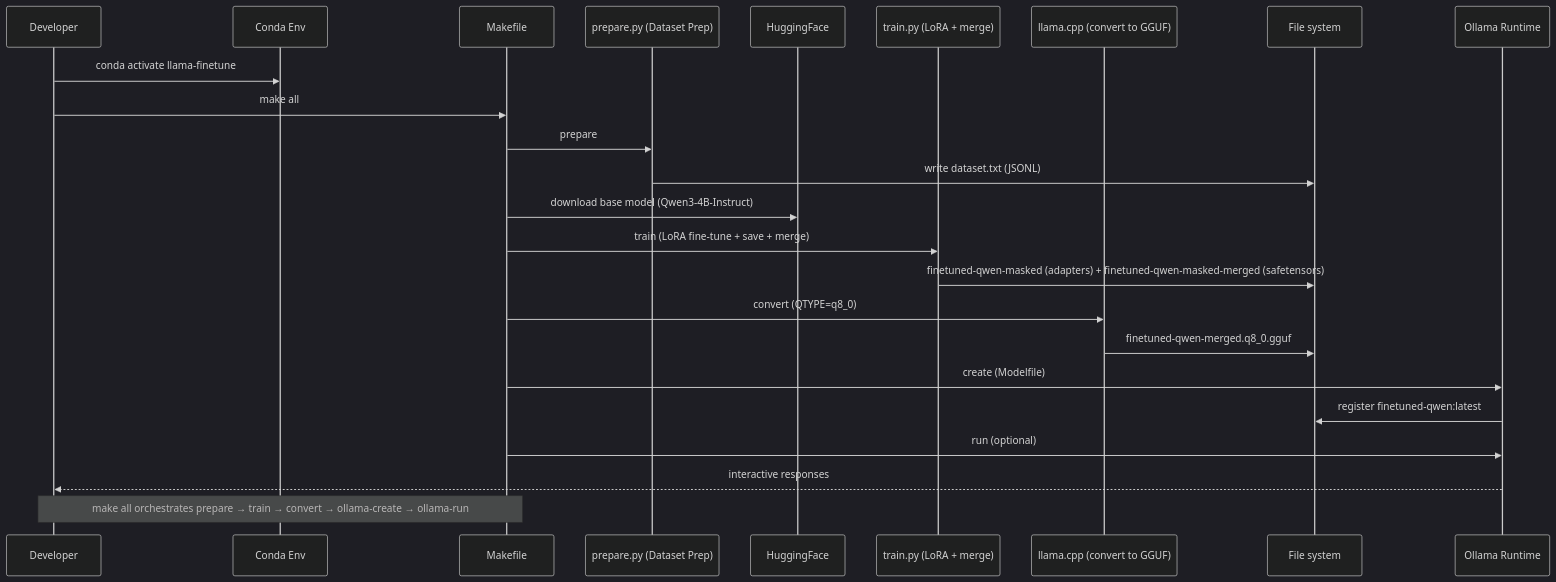
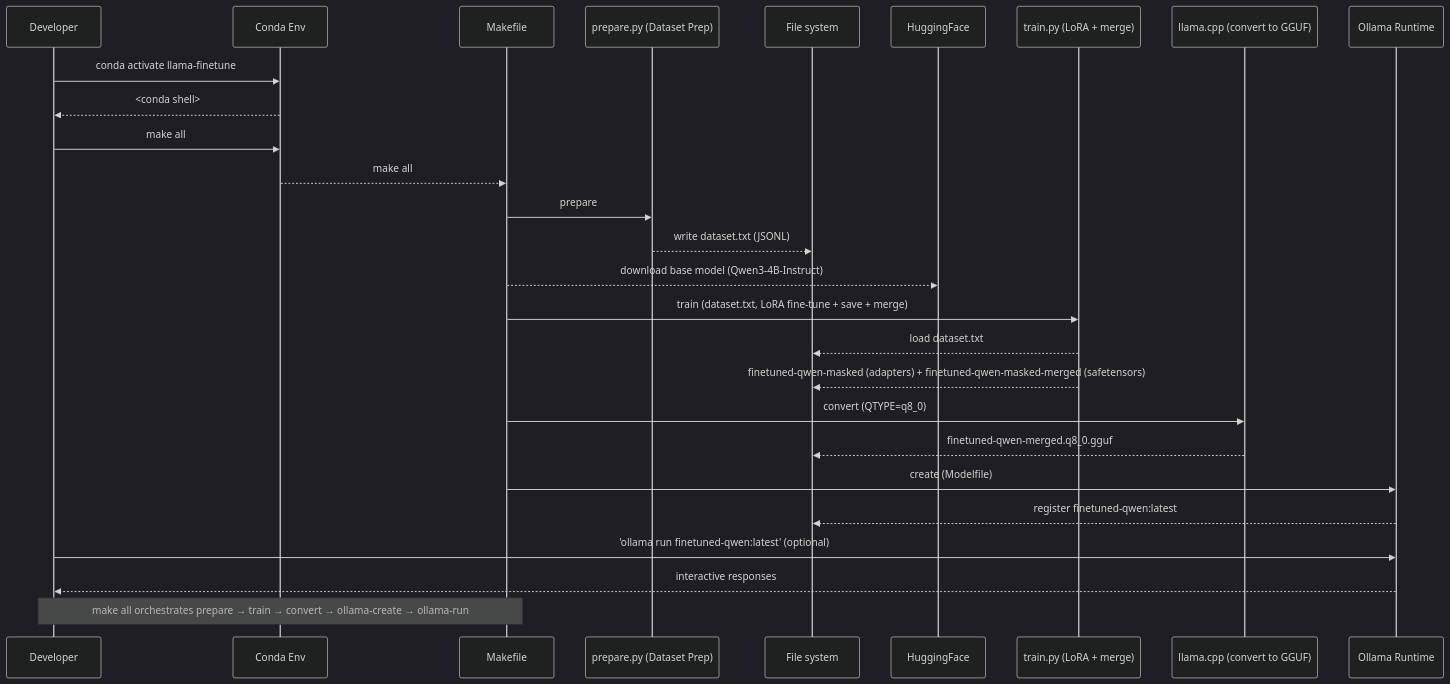
One commit to dalchr/llama-finetune changed the diagram in README.md. Above: the diagram before and after it, drawn with Mermaid (dark theme).

Commit message:
Process Visualization (doc, update)

````diff
--- a/README.md
+++ b/README.md
@@ -256,28 +256,31 @@
 ```mermaid
 sequenceDiagram
     participant Dev as Developer
     participant Env as Conda Env
     participant Make as Makefile
     participant Prep as prepare.py (Dataset Prep)
+    participant FS as File system
     participant HF as HuggingFace
     participant Train as train.py (LoRA + merge)
     participant LCPP as llama.cpp (convert to GGUF)
-    participant FS as File system
     participant Ollama as Ollama Runtime
 
     Dev ->> Env: conda activate llama-finetune
-    Dev ->> Make: make all
+    Env -->> Dev: <conda shell>
+    Dev ->> Env: make all
+    Env -->> Make: make all
     Make ->> Prep: prepare
-    Prep ->> FS: write dataset.txt (JSONL)
-    Make ->> HF: download base model (Qwen3-4B-Instruct)
-    Make ->> Train: train (LoRA fine-tune + save + merge)
-    Train ->> FS: finetuned-qwen-masked (adapters) + finetuned-qwen-masked-merged (safetensors)
+    Prep -->> FS: write dataset.txt (JSONL)
+    Make -->> HF: download base model (Qwen3-4B-Instruct)
+    Make ->> Train: train (dataset.txt, LoRA fine-tune + save + merge)
+    Train -->> FS: load dataset.txt
+    Train -->> FS: finetuned-qwen-masked (adapters) + finetuned-qwen-masked-merged (safetensors)
     Make ->> LCPP: convert (QTYPE=q8_0)
-    LCPP ->> FS: finetuned-qwen-merged.q8_0.gguf
+    LCPP -->> FS: finetuned-qwen-merged.q8_0.gguf
     Make ->> Ollama: create (Modelfile)
-    Ollama ->> FS: register finetuned-qwen:latest
-    Make ->> Ollama: run (optional)
+    Ollama -->> FS: register finetuned-qwen:latest
+    Dev ->> Ollama: 'ollama run finetuned-qwen:latest' (optional)
     Ollama -->> Dev: interactive responses
 
     Note over Dev,Make: make all orchestrates prepare → train → convert → ollama-create → ollama-run
 ```
````
